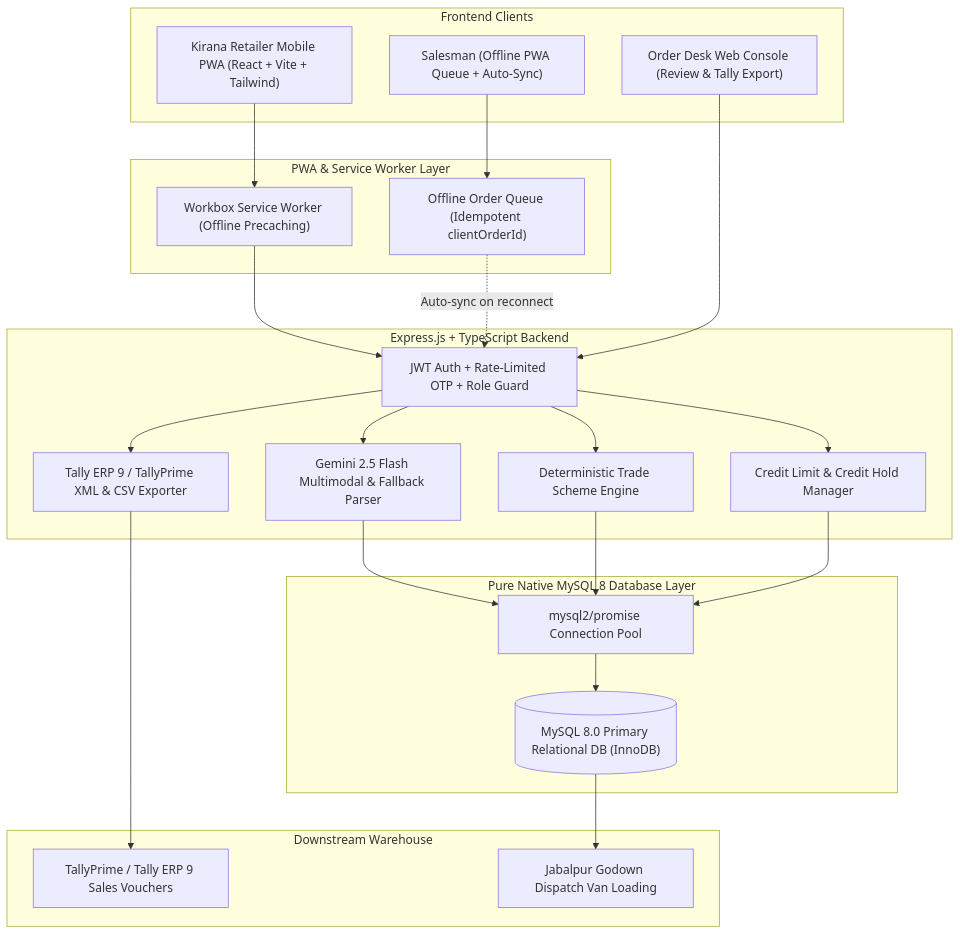
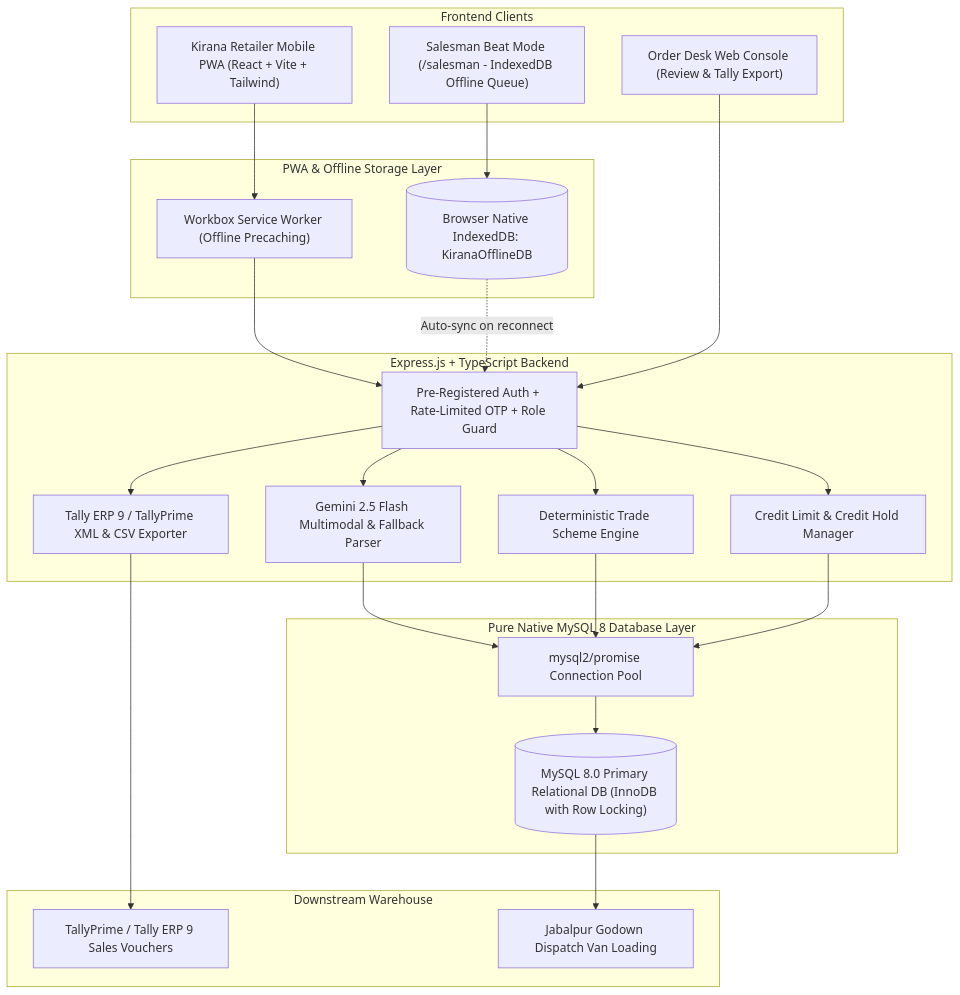
One commit to prabhakarboya/kirana-order-management-system changed the diagram in TECHNICAL_DESIGN_DOCUMENT.md. Above: the diagram before and after it, drawn with Mermaid. The commit also changed other lines of this file and 18 other files, not shown here.

Commit message:
feat: complete pure MySQL 8, salesman beat mode, native IndexedDB offline queue, real multimodal AI audio/vision, and concurrency-safe transactions

````diff
--- a/TECHNICAL_DESIGN_DOCUMENT.md
+++ b/TECHNICAL_DESIGN_DOCUMENT.md
@@ -34,48 +34,48 @@
 ```mermaid
 flowchart TD
     subgraph Clients["Frontend Clients"]
         PWA["Kirana Retailer Mobile PWA (React + Vite + Tailwind)"]
-        SALESMAN["Salesman (Offline PWA Queue + Auto-Sync)"]
+        SALESMAN["Salesman Beat Mode (/salesman - IndexedDB Offline Queue)"]
         DESK_UI["Order Desk Web Console (Review & Tally Export)"]
     end
 
-    subgraph ServiceWorker["PWA & Service Worker Layer"]
+    subgraph ServiceWorker["PWA & Offline Storage Layer"]
         SW["Workbox Service Worker (Offline Precaching)"]
-        QUEUE["Offline Order Queue (Idempotent clientOrderId)"]
+        IDB[("Browser Native IndexedDB: KiranaOfflineDB")]
     end
 
     subgraph BackendAPI["Express.js + TypeScript Backend"]
-        AUTH["JWT Auth + Rate-Limited OTP + Role Guard"]
+        AUTH["Pre-Registered Auth + Rate-Limited OTP + Role Guard"]
         AI_ENGINE["Gemini 2.5 Flash Multimodal & Fallback Parser"]
         SCHEME_ENG["Deterministic Trade Scheme Engine"]
         CREDIT_MGR["Credit Limit & Credit Hold Manager"]
         TALLY_SRV["Tally ERP 9 / TallyPrime XML & CSV Exporter"]
     end
 
     subgraph Persistence["Pure Native MySQL 8 Database Layer"]
         MYSQL_CONN["mysql2/promise Connection Pool"]
-        DB[("MySQL 8.0 Primary Relational DB (InnoDB)")]
+        DB[("MySQL 8.0 Primary Relational DB (InnoDB with Row Locking)")]
     end
 
     subgraph ERP["Downstream Warehouse"]
         TALLY["TallyPrime / Tally ERP 9 Sales Vouchers"]
         DEPOT["Jabalpur Godown Dispatch Van Loading"]
     end
 
     PWA --> SW --> AUTH
-    SALESMAN --> QUEUE -.->|Auto-sync on reconnect| AUTH
+    SALESMAN --> IDB -.->|Auto-sync on reconnect| AUTH
     DESK_UI --> AUTH
 
     AUTH --> AI_ENGINE
     AUTH --> SCHEME_ENG
     AUTH --> CREDIT_MGR
     AUTH --> TALLY_SRV
 
     AI_ENGINE --> MYSQL_CONN
     SCHEME_ENG --> MYSQL_CONN
     CREDIT_MGR --> MYSQL_CONN
     MYSQL_CONN --> DB
 
     TALLY_SRV --> TALLY
     DB --> DEPOT
 ```
````
